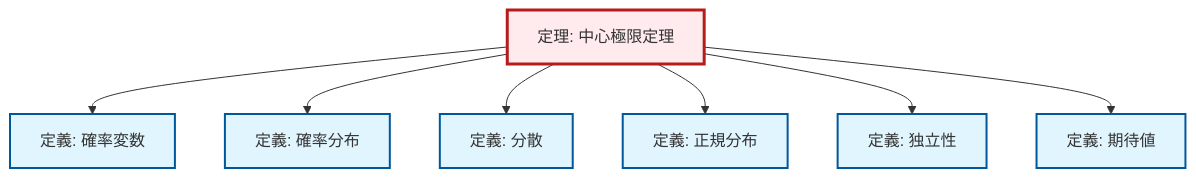
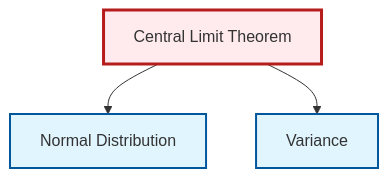
The second of 2 diagrams in content/ja/probability-statistics/thm-central-limit.qmd (RK0429/ModernMath), drawn with Mermaid before and after one commit. The commit also changed 328 other files, not shown here.

````diff
--- a/content/ja/probability-statistics/thm-central-limit.qmd
+++ b/content/ja/probability-statistics/thm-central-limit.qmd
@@ -112,29 +112,17 @@
 ```{mermaid}
 %%| fig-cap: "ローカル依存関係グラフ"
 graph TD
     classDef definition fill:#e1f5fe,stroke:#01579b,stroke-width:2px
     classDef theorem fill:#f3e5f5,stroke:#4a148c,stroke-width:2px
     classDef axiom fill:#fff3e0,stroke:#e65100,stroke-width:2px
     classDef example fill:#e8f5e9,stroke:#1b5e20,stroke-width:2px
     classDef current fill:#ffebee,stroke:#b71c1c,stroke-width:3px
-    def-normal-distribution["定義: 正規分布"]:::definition
-    def-independence["定義: 独立性"]:::definition
-    def-expectation["定義: 期待値"]:::definition
-    def-probability-distribution["定義: 確率分布"]:::definition
-    thm-central-limit["定理: 中心極限定理"]:::theorem
-    def-variance["定義: 分散"]:::definition
-    def-random-variable["定義: 確率変数"]:::definition
-    thm-central-limit --> def-random-variable
-    thm-central-limit --> def-probability-distribution
+    def-normal-distribution["Normal Distribution"]:::definition
+    def-variance["Variance"]:::definition
+    thm-central-limit["Central Limit Theorem"]:::theorem
+    thm-central-limit --> def-normal-distribution
     thm-central-limit --> def-variance
-    thm-central-limit --> def-normal-distribution
-    thm-central-limit --> def-independence
-    thm-central-limit --> def-expectation
     class thm-central-limit current
-    click def-normal-distribution "def-normal-distribution.html" "正規分布の定義へ"
-    click def-independence "def-independence.html" "独立性の定義へ"
-    click def-expectation "def-expectation.html" "期待値の定義へ"
-    click def-probability-distribution "def-probability-distribution.html" "確率分布の定義へ"
-    click def-variance "def-variance.html" "分散の定義へ"
-    click def-random-variable "def-random-variable.html" "確率変数の定義へ"
+    click def-normal-distribution "def-normal-distribution.html" "Normal Distributionへ"
+    click def-variance "def-variance.html" "Varianceへ"
 ```
````
